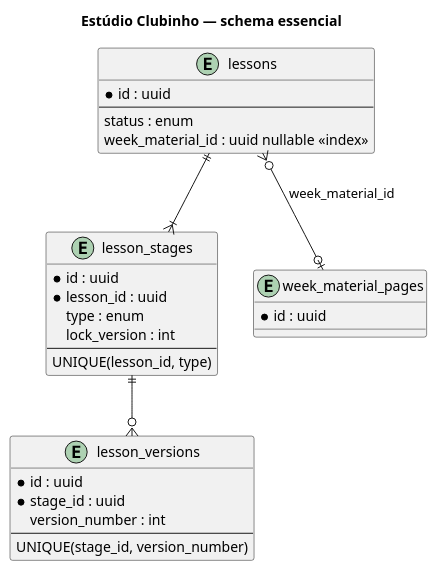
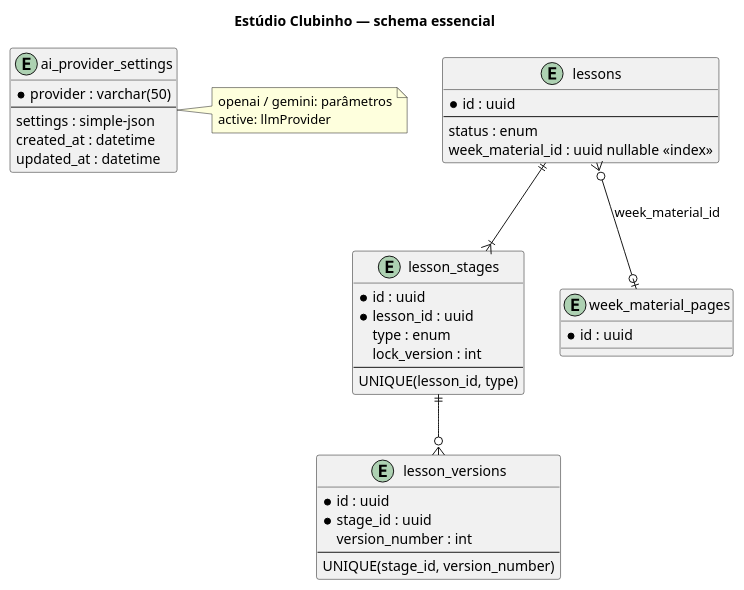
One commit to ministerioclubinhos/clubinhonib-api changed the diagram in docs/diagrams/database/ai-lessons-schema.puml. Above: the diagram before and after it, drawn with PlantUML. The commit also changed 44 other files, not shown here.

First line of the commit message:
feat: implement AI provider settings management service

```diff
--- a/docs/diagrams/database/ai-lessons-schema.puml
+++ b/docs/diagrams/database/ai-lessons-schema.puml
@@ -1,30 +1,41 @@
 @startuml
 title Estúdio Clubinho — schema essencial
+entity ai_provider_settings {
+  * provider : varchar(50)
+  --
+  settings : simple-json
+  created_at : datetime
+  updated_at : datetime
+}
+note right of ai_provider_settings
+  openai / gemini: parâmetros
+  active: llmProvider
+end note
 entity lessons {
   * id : uuid
   --
   status : enum
   week_material_id : uuid nullable <<index>>
 }
 entity lesson_stages {
   * id : uuid
   * lesson_id : uuid
   type : enum
   lock_version : int
   --
   UNIQUE(lesson_id, type)
 }
 entity lesson_versions {
   * id : uuid
   * stage_id : uuid
   version_number : int
   --
   UNIQUE(stage_id, version_number)
 }
 entity week_material_pages {
   * id : uuid
 }
 lessons ||--|{ lesson_stages
 lesson_stages ||--o{ lesson_versions
 lessons }o--o| week_material_pages : week_material_id
 @enduml
```
